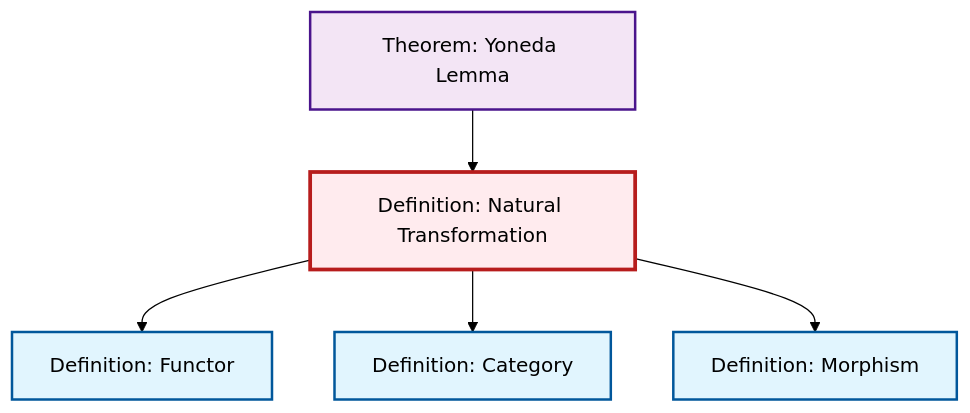
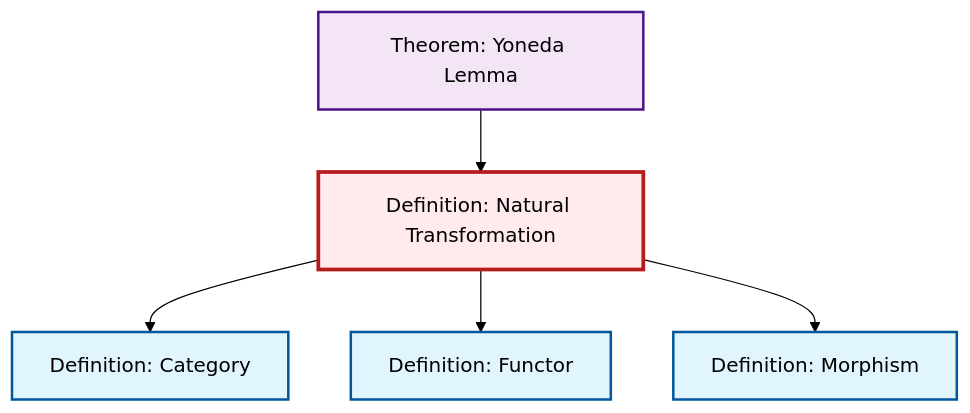
Before and after one commit to RK0429/ModernMath: the diagram in content/ja/category-theory/def-natural-transformation.qmd, drawn with Mermaid (forest theme). The commit also changed other lines of this file and 417 other files, not shown here.

````diff
--- a/content/ja/category-theory/def-natural-transformation.qmd
+++ b/content/ja/category-theory/def-natural-transformation.qmd
@@ -60,23 +60,23 @@
 ```{mermaid}
 %%| fig-cap: "Local dependency graph"
 graph TD
     classDef definition fill:#e1f5fe,stroke:#01579b,stroke-width:2px
     classDef theorem fill:#f3e5f5,stroke:#4a148c,stroke-width:2px
     classDef axiom fill:#fff3e0,stroke:#e65100,stroke-width:2px
     classDef example fill:#e8f5e9,stroke:#1b5e20,stroke-width:2px
     classDef current fill:#ffebee,stroke:#b71c1c,stroke-width:3px
+    def-natural-transformation["Definition: Natural Transformation"]:::definition
+    def-functor["Definition: Functor"]:::definition
+    def-category["Definition: Category"]:::definition
+    def-morphism["Definition: Morphism"]:::definition
     thm-yoneda["Theorem: Yoneda Lemma"]:::theorem
-    def-category["Definition: Category"]:::definition
-    def-functor["Definition: Functor"]:::definition
-    def-morphism["Definition: Morphism"]:::definition
-    def-natural-transformation["Definition: Natural Transformation"]:::definition
+    thm-yoneda --> def-natural-transformation
+    def-natural-transformation --> def-category
     def-natural-transformation --> def-functor
-    def-natural-transformation --> def-category
-    thm-yoneda --> def-natural-transformation
     def-natural-transformation --> def-morphism
     class def-natural-transformation current
+    click def-functor "def-functor.html" "Definition: Functorへ"
+    click def-category "def-category.html" "Definition: Categoryへ"
+    click def-morphism "def-morphism.html" "Definition: Morphismへ"
     click thm-yoneda "thm-yoneda.html" "Theorem: Yoneda Lemmaへ"
-    click def-category "def-category.html" "Definition: Categoryへ"
-    click def-functor "def-functor.html" "Definition: Functorへ"
-    click def-morphism "def-morphism.html" "Definition: Morphismへ"
 ```
````
